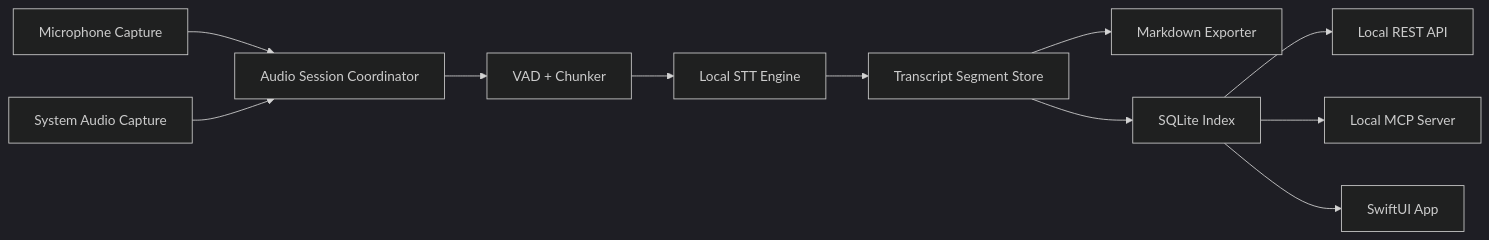
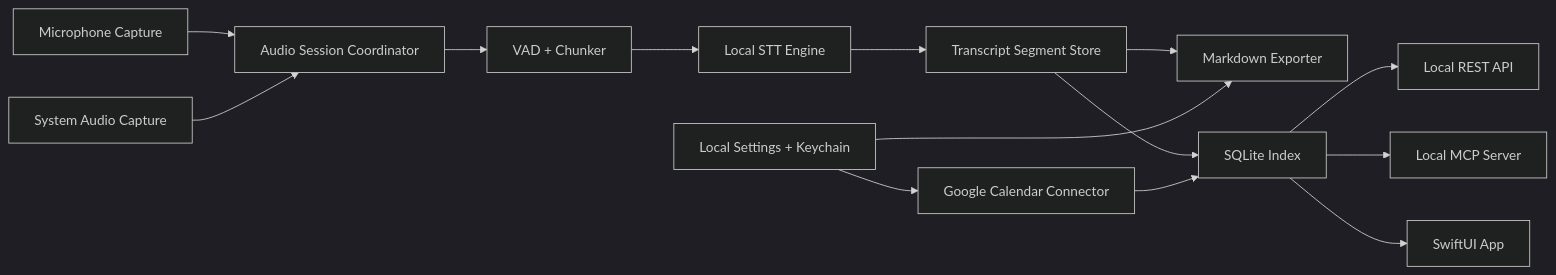
One commit to sirponch-hub/Meeting007 changed the diagram in docs/architecture.md. Above: the diagram before and after it, drawn with Mermaid (dark theme). The commit also changed other lines of this file and 6 other files, not shown here.

Commit message:
Document storage and Google Calendar requirements

````diff
--- a/docs/architecture.md
+++ b/docs/architecture.md
@@ -7,13 +7,16 @@
 ```mermaid
 flowchart LR
     Mic["Microphone Capture"] --> Mixer["Audio Session Coordinator"]
     System["System Audio Capture"] --> Mixer
     Mixer --> VAD["VAD + Chunker"]
     VAD --> STT["Local STT Engine"]
     STT --> Segments["Transcript Segment Store"]
     Segments --> Markdown["Markdown Exporter"]
     Segments --> SQLite["SQLite Index"]
+    Calendar["Google Calendar Connector"] --> SQLite
     SQLite --> REST["Local REST API"]
     SQLite --> MCP["Local MCP Server"]
     SQLite --> UI["SwiftUI App"]
+    Settings["Local Settings + Keychain"] --> Markdown
+    Settings --> Calendar
 ```
````
